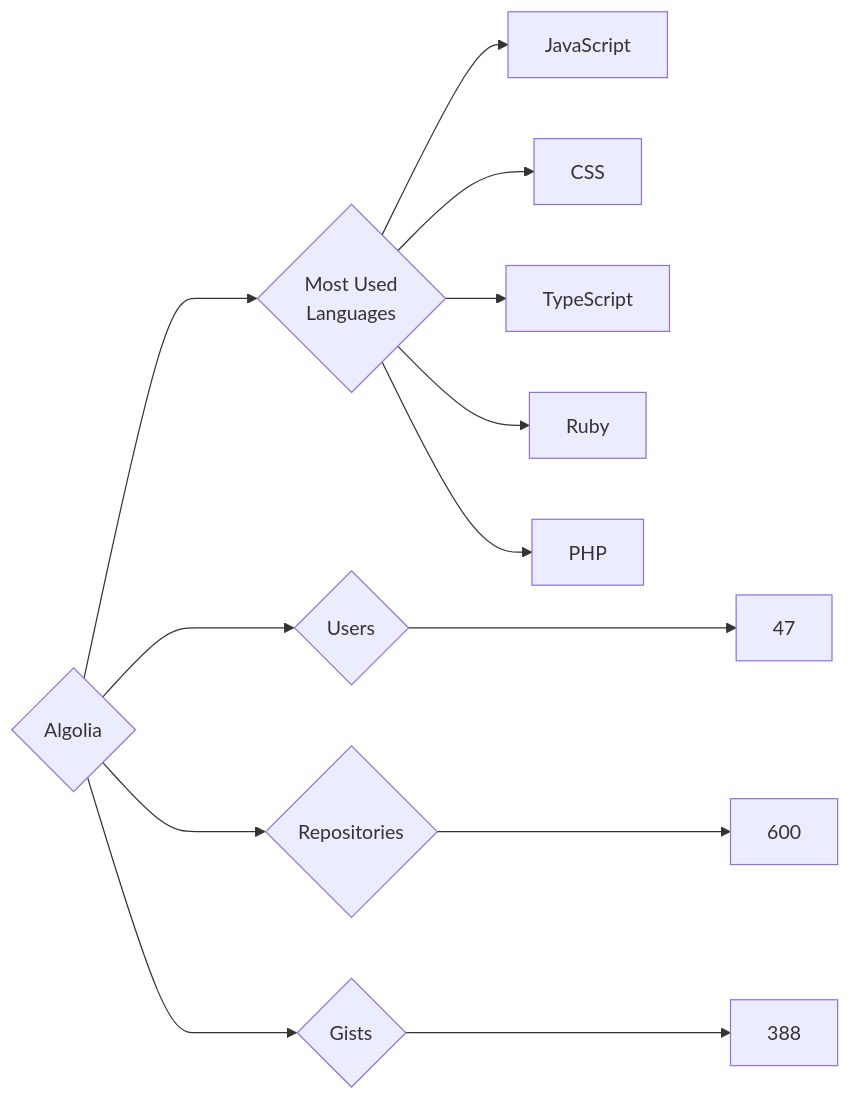
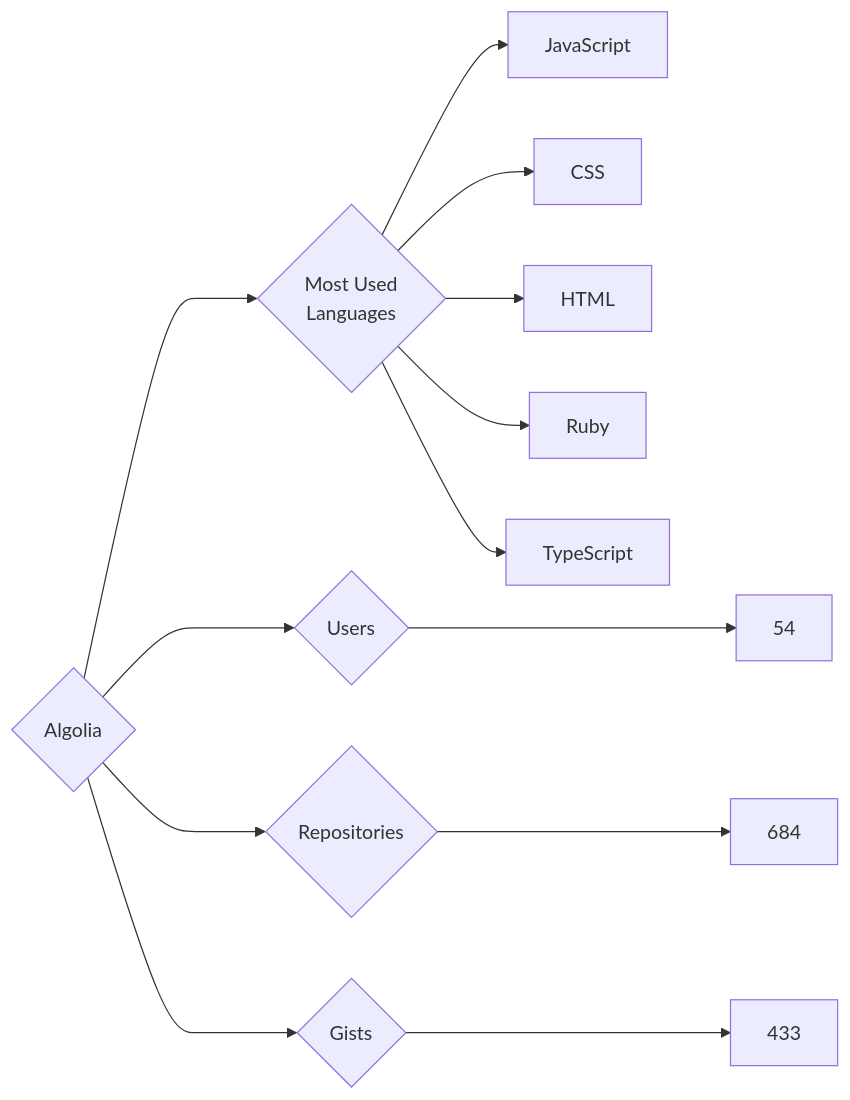
Before and after one commit to trickest/insiders: the diagram in targets/Algolia/README.md, drawn with Mermaid. The commit also changed 951 other files, not shown here.

````diff
--- a/targets/Algolia/README.md
+++ b/targets/Algolia/README.md
@@ -3,13 +3,13 @@
 ```mermaid
 graph LR
 COMPANY_NAME{Algolia}
-COMPANY_NAME ---> U{Users} ---> UN[47]
-COMPANY_NAME ---> R{Repositories} ---> RN[600]
-COMPANY_NAME ---> G{Gists} ---> GN[388]
+COMPANY_NAME ---> U{Users} ---> UN[54]
+COMPANY_NAME ---> R{Repositories} ---> RN[684]
+COMPANY_NAME ---> G{Gists} ---> GN[433]
 COMPANY_NAME ---> ML{Most Used<br>Languages}
 ML --> JavaScript[JavaScript]
 ML --> CSS[CSS]
+ML --> HTML[HTML]
+ML --> Ruby[Ruby]
 ML --> TypeScript[TypeScript]
-ML --> Ruby[Ruby]
-ML --> PHP[PHP]
 ```
````
